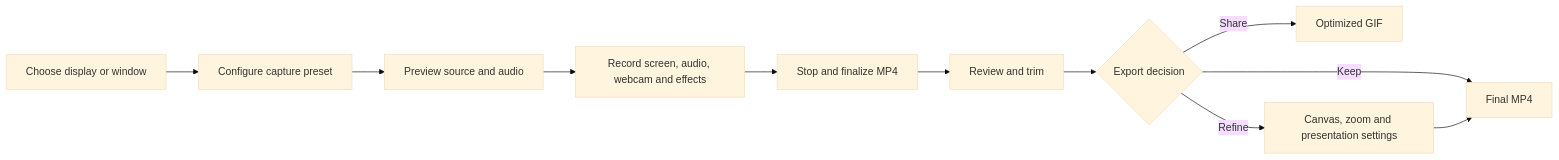
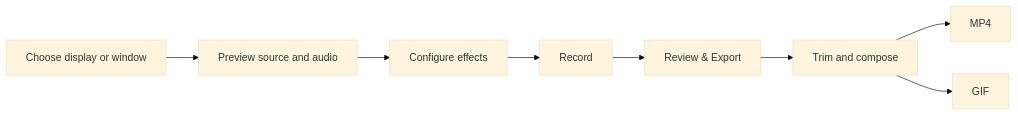
One commit to ChamathDilshanC/Cap-IT-Screen-Recorder changed the first of 3 diagrams in README.md. Above: the diagram before and after it, drawn with Mermaid (base theme). The commit also changed other lines of this file and 34 other files, not shown here.

````diff
--- a/README.md
+++ b/README.md
@@ -44,13 +46,10 @@
 ```mermaid
 flowchart LR
-    A[Choose display or window] --> B[Configure capture preset]
-    B --> C[Preview source and audio]
-    C --> D[Record screen, audio, webcam and effects]
-    D --> E[Stop and finalize MP4]
-    E --> F[Review and trim]
-    F --> G{Export decision}
-    G -->|Keep| H[Final MP4]
-    G -->|Share| I[Optimized GIF]
-    G -->|Refine| J[Canvas, zoom and presentation settings]
-    J --> H
+    A[Choose display or window] --> B[Preview source and audio]
+    B --> C[Configure effects]
+    C --> D[Record]
+    D --> E[Review & Export]
+    E --> F[Trim and compose]
+    F --> G[MP4]
+    F --> H[GIF]
 ```
````
